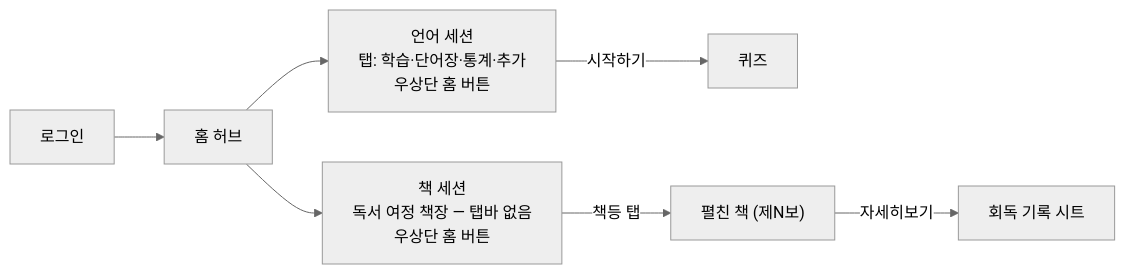
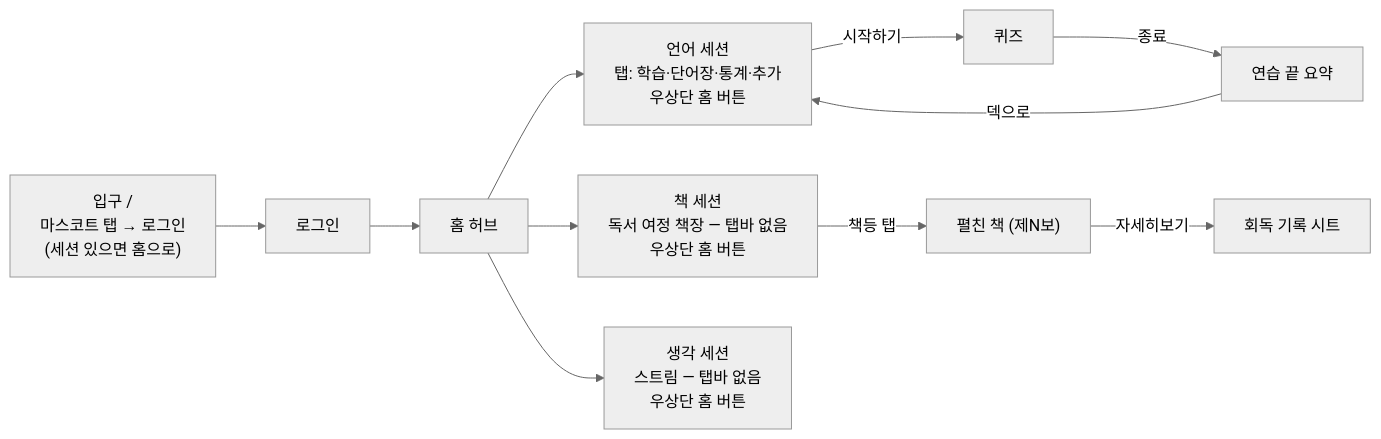
The first of 7 diagrams in docs/14-flows.md (LeeSongHeon-LSH/LSHobby), drawn with Mermaid (neutral theme) before and after one commit. The commit also changed other lines of this file and 17 other files, not shown here.

````diff
--- a/docs/14-flows.md
+++ b/docs/14-flows.md
@@ -11,9 +13,11 @@
 ```mermaid
 flowchart LR
-    L[로그인] --> H[홈 허브]
+    E["입구 /<br/>마스코트 탭 → 로그인<br/>(세션 있으면 홈으로)"] --> L[로그인] --> H[홈 허브]
     H --> LA["언어 세션<br/>탭: 학습·단어장·통계·추가<br/>우상단 홈 버튼"]
     H --> LI["책 세션<br/>독서 여정 책장 — 탭바 없음<br/>우상단 홈 버튼"]
+    H --> TH["생각 세션<br/>스트림 — 탭바 없음<br/>우상단 홈 버튼"]
     LA -- 시작하기 --> QZ[퀴즈]
+    QZ -- 종료 --> SM["연습 끝 요약"] -- 덱으로 --> LA
     LI -- 책등 탭 --> JB["펼친 책 (제N보)"]
     JB -- 자세히보기 --> BS["회독 기록 시트"]
 ```
````
